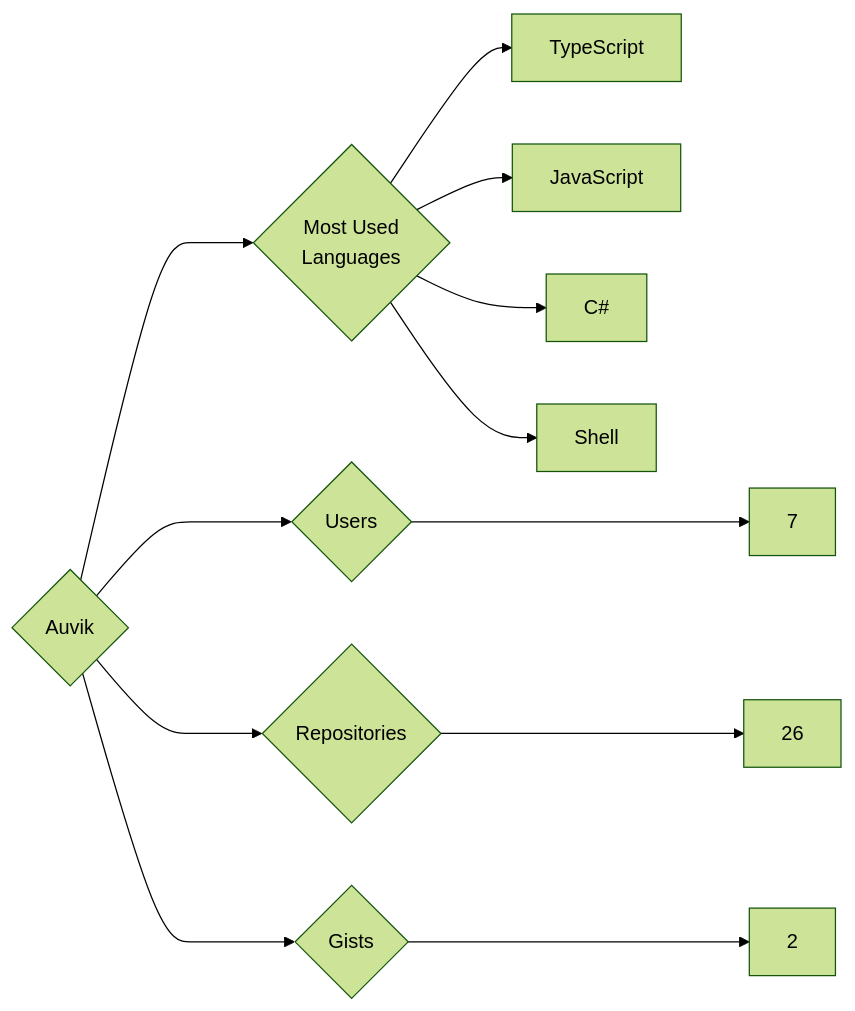
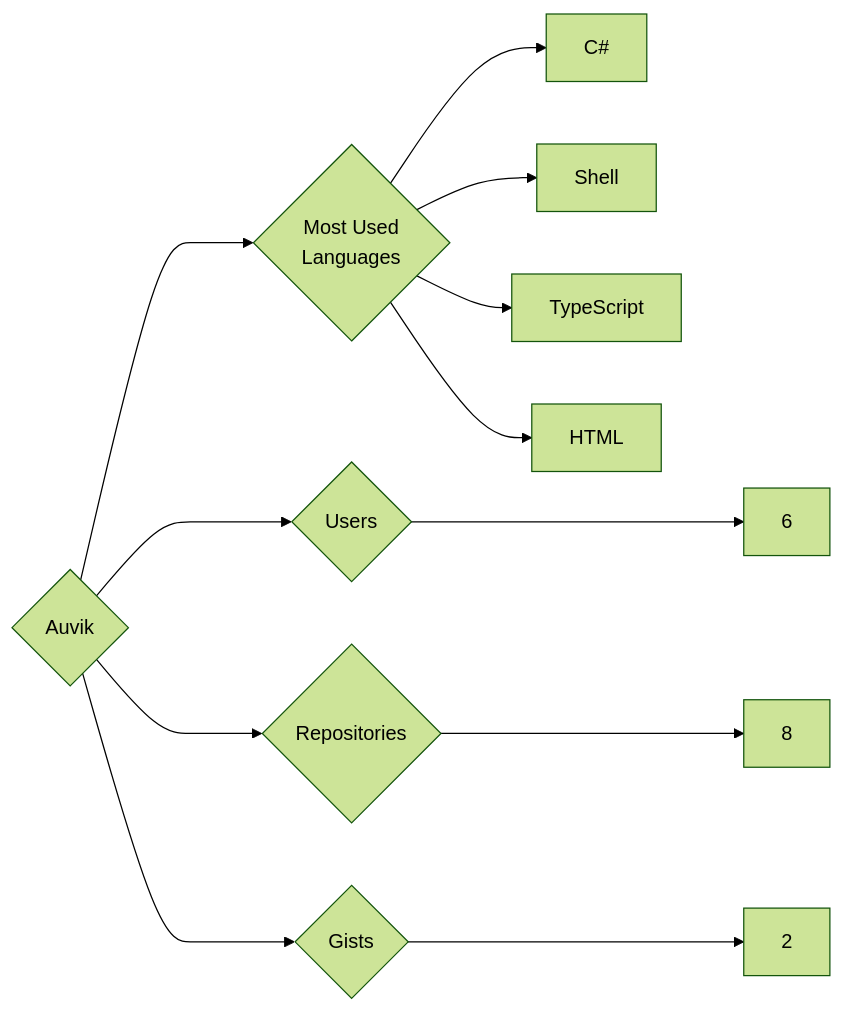
One commit to trickest/insiders changed the diagram in targets/Auvik/README.md. Above: the diagram before and after it, drawn with Mermaid (forest theme). The commit also changed 1212 other files, not shown here.

````diff
--- a/targets/Auvik/README.md
+++ b/targets/Auvik/README.md
@@ -3,12 +3,12 @@
 ```mermaid
 graph LR
 COMPANY_NAME{Auvik}
-COMPANY_NAME ---> U{Users} ---> UN[7]
-COMPANY_NAME ---> R{Repositories} ---> RN[26]
+COMPANY_NAME ---> U{Users} ---> UN[6]
+COMPANY_NAME ---> R{Repositories} ---> RN[8]
 COMPANY_NAME ---> G{Gists} ---> GN[2]
 COMPANY_NAME ---> ML{Most Used<br>Languages}
-ML --> TypeScript[TypeScript]
-ML --> JavaScript[JavaScript]
 ML --> C#[C#]
 ML --> Shell[Shell]
+ML --> TypeScript[TypeScript]
+ML --> HTML[HTML]
 ```
````
